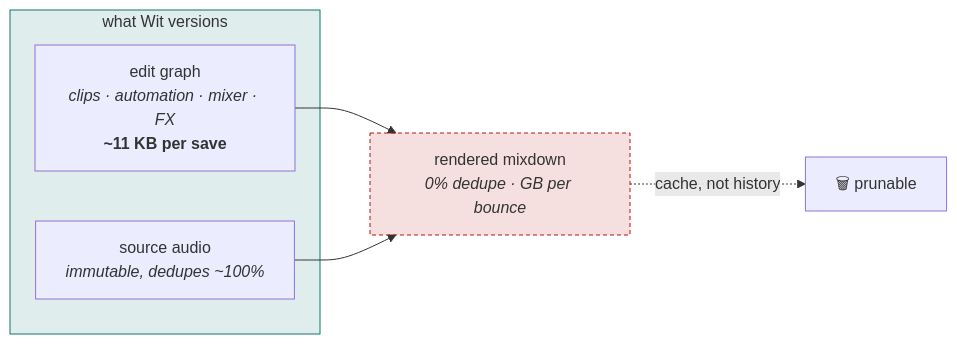
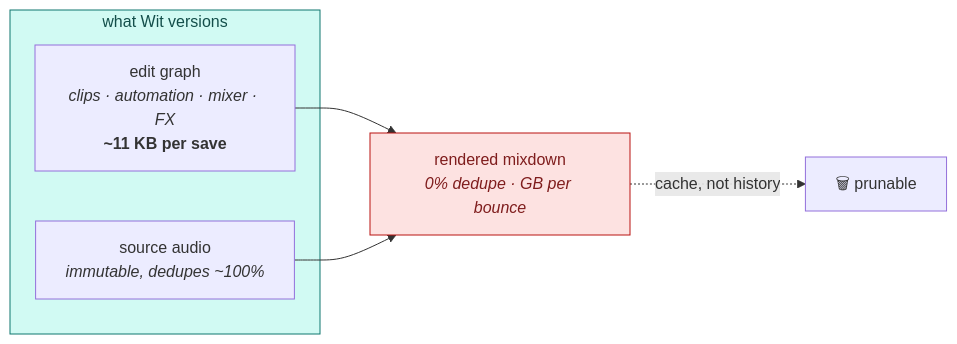
One commit to sep-lab/Wit changed the diagram in README.md. Above: the diagram before and after it, drawn with Mermaid. The commit also changed 1 other file, not shown here.

Commit message:
Use 6-digit hex in mermaid styles for GitHub's renderer
GitHub's mermaid renderer does not reliably handle 8-digit hex alpha or
spaces inside stroke-dasharray. Swap to solid 6-digit fills with explicit
text colors so the diagrams render in both light and dark themes.

````diff
--- a/README.md
+++ b/README.md
@@ -115,13 +115,13 @@
 ```mermaid
 flowchart LR
     subgraph W["what Wit versions"]
         A["source audio<br/><i>immutable, dedupes ~100%</i>"]
         B["edit graph<br/><i>clips · automation · mixer · FX</i><br/><b>~11 KB per save</b>"]
     end
     B --> R["rendered mixdown<br/><i>0% dedupe · GB per bounce</i>"]
     A --> R
     R -.->|"cache, not history"| X["🗑 prunable"]
 
-    style W fill:#0f766e22,stroke:#0f766e
-    style R fill:#b9121022,stroke:#b91210,stroke-dasharray: 4 3
+    style W fill:#d1faf3,stroke:#0f766e,color:#134e4a
+    style R fill:#fde2e1,stroke:#b91210,color:#7f1d1d
 ```
````
